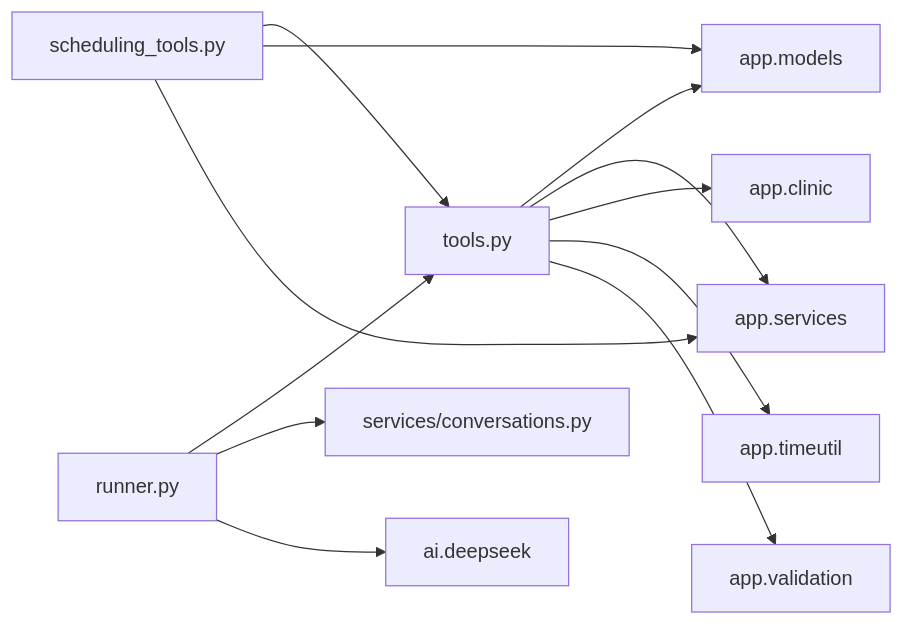
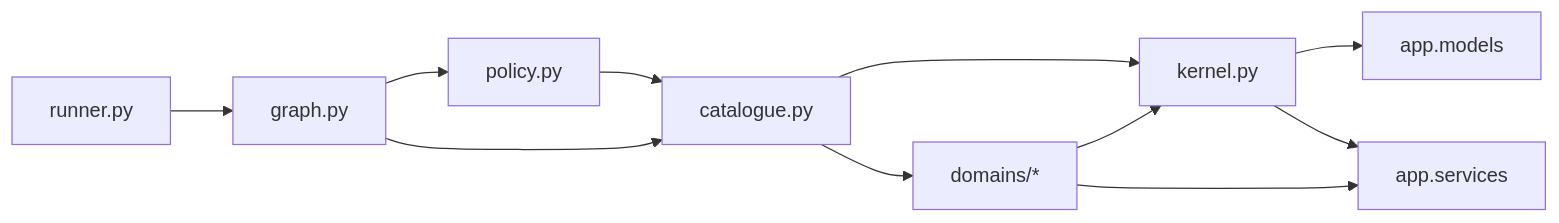
One commit to gokulkaarthicks/dental-chatbot changed the fifth of 5 diagrams in .qoder/repowiki/en/content/AI Agent System/Tool Architecture/Tool Architecture.md. Above: the diagram before and after it, drawn with Mermaid. The commit also changed other lines of this file and 280 other files, not shown here.

````diff
--- a/.qoder/repowiki/en/content/AI Agent System/Tool Architecture/Tool Architecture.md
+++ b/.qoder/repowiki/en/content/AI Agent System/Tool Architecture/Tool Architecture.md
@@ -384,14 +360,13 @@
 ```mermaid
 graph LR
-Tools["tools.py"] --> Models["app.models"]
-Tools --> Services["app.services"]
-Tools --> Clinic["app.clinic"]
-Tools --> TimeUtil["app.timeutil"]
-Tools --> Validation["app.validation"]
-Scheduling["scheduling_tools.py"] --> Tools
-Scheduling --> Models
-Scheduling --> Services
-Runner["runner.py"] --> Tools
-Runner --> Conversations["services/conversations.py"]
-Runner --> DeepSeek["ai.deepseek"]
+Kernel["kernel.py"] --> Models["app.models"]
+Kernel --> Services["app.services"]
+Catalogue["catalogue.py"] --> Kernel
+Catalogue --> Domains["domains/*"]
+Policy["policy.py"] --> Catalogue
+Domains --> Kernel
+Domains --> Services
+Runner["runner.py"] --> Graph["graph.py"]
+Graph --> Policy
+Graph --> Catalogue
 ```
````
